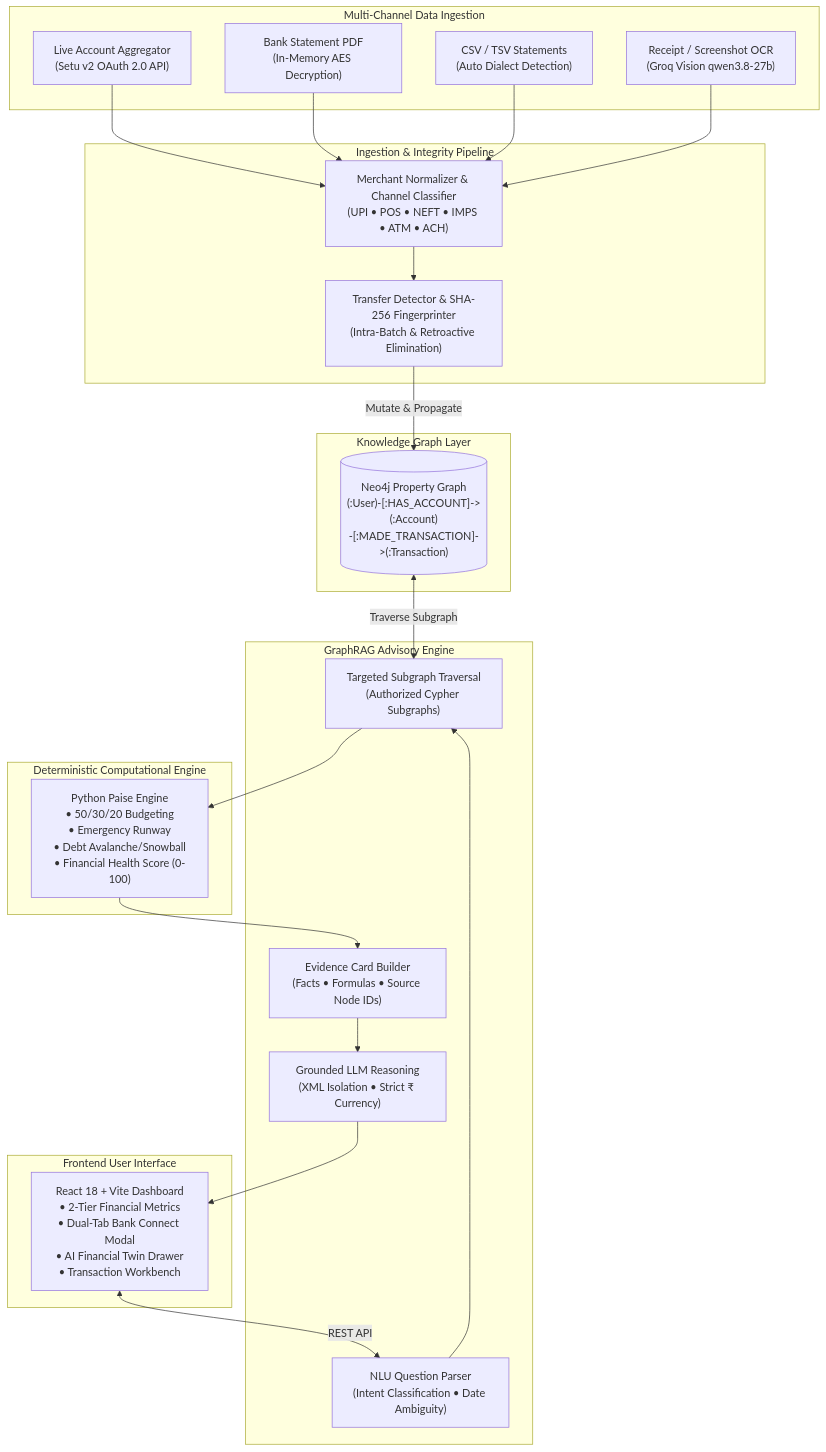
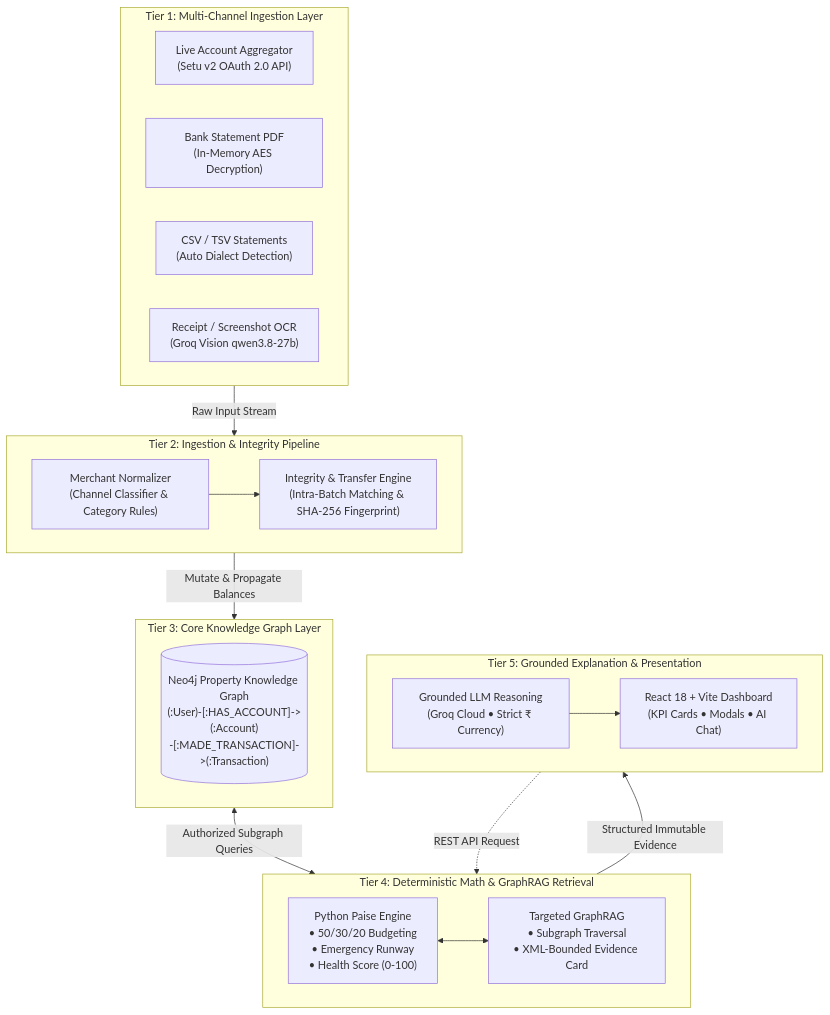
One commit to HariomGupta0/Personal_Finance_AI_v1 changed the first of 3 diagrams in README.md. Above: the diagram before and after it, drawn with Mermaid. The commit also changed other lines of this file, not shown here.

Commit message:
docs: streamline architecture flowchart, separate operational sequence diagrams, and add demo video showcase window

````diff
--- a/README.md
+++ b/README.md
@@ -71,49 +114,47 @@
 ```mermaid
 flowchart TD
-    subgraph MultiChannelIngestion ["Multi-Channel Data Ingestion"]
+    %% TIER 1: INGESTION
+    subgraph T1 ["Tier 1: Multi-Channel Ingestion Layer"]
+        direction LR
         AA["Live Account Aggregator<br/>(Setu v2 OAuth 2.0 API)"]
         PDF["Bank Statement PDF<br/>(In-Memory AES Decryption)"]
         CSV["CSV / TSV Statements<br/>(Auto Dialect Detection)"]
         OCR["Receipt / Screenshot OCR<br/>(Groq Vision qwen3.8-27b)"]
     end
 
-    subgraph NormalizationPipeline ["Ingestion & Integrity Pipeline"]
-        Norm["Merchant Normalizer & Channel Classifier<br/>(UPI • POS • NEFT • IMPS • ATM • ACH)"]
-        Dedup["Transfer Detector & SHA-256 Fingerprinter<br/>(Intra-Batch & Retroactive Elimination)"]
+    %% TIER 2: INTEGRITY
+    subgraph T2 ["Tier 2: Ingestion & Integrity Pipeline"]
+        direction LR
+        Norm["Merchant Normalizer<br/>(Channel Classifier & Category Rules)"]
+        Dedup["Integrity & Transfer Engine<br/>(Intra-Batch Matching & SHA-256 Fingerprint)"]
+        Norm --> Dedup
     end
 
-    subgraph GraphStorage ["Knowledge Graph Layer"]
-        Neo4j[("Neo4j Property Graph<br/>(:User)-[:HAS_ACCOUNT]->(:Account)<br/>-[:MADE_TRANSACTION]->(:Transaction)")]
+    %% TIER 3: GRAPH STORAGE
+    subgraph T3 ["Tier 3: Core Knowledge Graph Layer"]
+        Neo4j[("Neo4j Property Knowledge Graph<br/>(:User)-[:HAS_ACCOUNT]->(:Account)<br/>-[:MADE_TRANSACTION]->(:Transaction)")]
     end
 
-    subgraph AnalyticalEngine ["Deterministic Computational Engine"]
-        Engine["Python Paise Engine<br/>• 50/30/20 Budgeting<br/>• Emergency Runway<br/>• Debt Avalanche/Snowball<br/>• Financial Health Score (0-100)"]
+    %% TIER 4: COMPUTATION & RETRIEVAL
+    subgraph T4 ["Tier 4: Deterministic Math & GraphRAG Retrieval"]
+        direction LR
+        Math["Python Paise Engine<br/>• 50/30/20 Budgeting<br/>• Emergency Runway<br/>• Health Score (0-100)"]
+        RAG["Targeted GraphRAG<br/>• Subgraph Traversal<br/>• XML-Bounded Evidence Card"]
+        Math <--> RAG
     end
 
-    subgraph AdvisoryEngine ["GraphRAG Advisory Engine"]
-        NLU["NLU Question Parser<br/>(Intent Classification • Date Ambiguity)"]
-        GraphRAG["Targeted Subgraph Traversal<br/>(Authorized Cypher Subgraphs)"]
-        Builder["Evidence Card Builder<br/>(Facts • Formulas • Source Node IDs)"]
-        LLM["Grounded LLM Reasoning<br/>(XML Isolation • Strict ₹ Currency)"]
+    %% TIER 5: PRESENTATION
+    subgraph T5 ["Tier 5: Grounded Explanation & Presentation"]
+        direction LR
+        LLM["Grounded LLM Reasoning<br/>(Groq Cloud • Strict ₹ Currency)"]
+        UI["React 18 + Vite Dashboard<br/>(KPI Cards • Modals • AI Chat)"]
+        LLM --> UI
     end
 
-    subgraph PresentationLayer ["Frontend User Interface"]
-        UI["React 18 + Vite Dashboard<br/>• 2-Tier Financial Metrics<br/>• Dual-Tab Bank Connect Modal<br/>• AI Financial Twin Drawer<br/>• Transaction Workbench"]
-    end
-
-    AA --> Norm
-    PDF --> Norm
-    CSV --> Norm
-    OCR --> Norm
-
-    Norm --> Dedup
-    Dedup -->|Mutate & Propagate| Neo4j
-
-    UI <-->|REST API| NLU
-    NLU --> GraphRAG
-    Neo4j <-->|Traverse Subgraph| GraphRAG
-    GraphRAG --> Engine
-    Engine --> Builder
-    Builder --> LLM
-    LLM --> UI
+    %% INTER-TIER CONNECTIONS
+    T1 -->|Raw Input Stream| T2
+    T2 -->|Mutate & Propagate Balances| T3
+    T3 <-->|Authorized Subgraph Queries| T4
+    T4 -->|Structured Immutable Evidence| T5
+    UI -.->|REST API Request| T4
 ```
````
